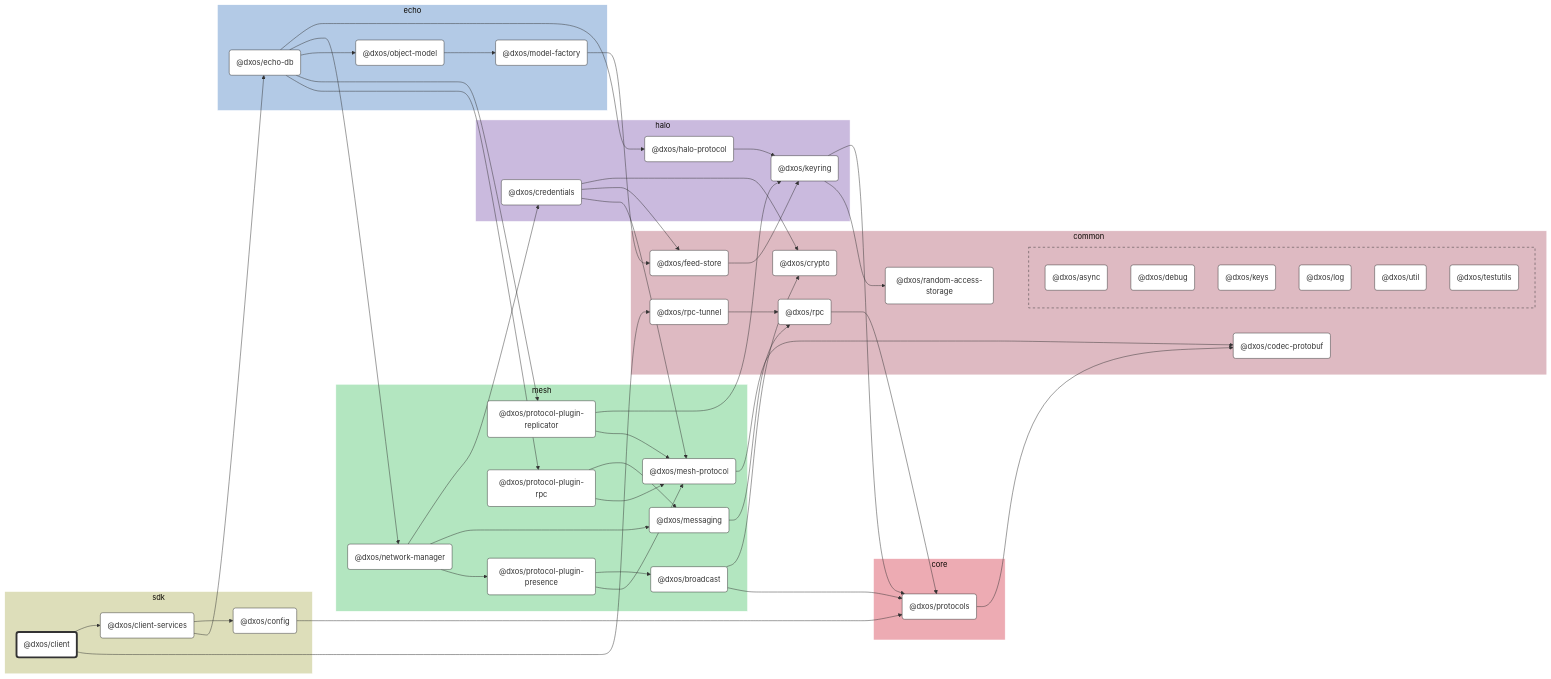
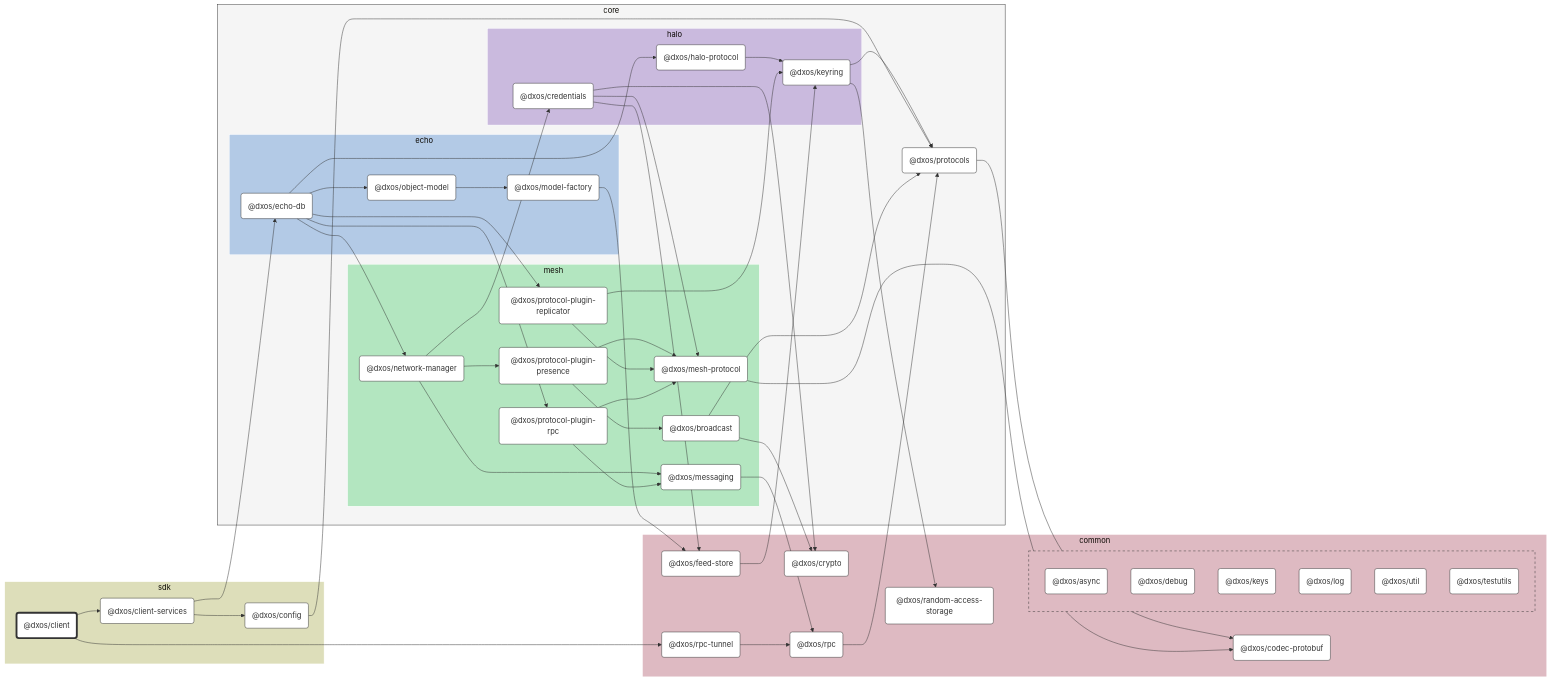
Before and after one commit to dxos/dxos: the diagram in packages/sdk/client/docs/README.md, drawn with Mermaid (base theme). The commit also changed 6 other files, not shown here.

```diff
--- a/packages/sdk/client/docs/README.md
+++ b/packages/sdk/client/docs/README.md
@@ -57,48 +57,49 @@
   end
 end
 
-subgraph halo [halo]
-  style halo fill:#cabade,stroke:#fff
-  dxos/credentials("@dxos/credentials"):::def
-  click dxos/credentials "dxos/dxos/tree/main/packages/core/halo/credentials/docs"
-  dxos/keyring("@dxos/keyring"):::def
-  click dxos/keyring "dxos/dxos/tree/main/packages/core/halo/keyring/docs"
-  dxos/halo-protocol("@dxos/halo-protocol"):::def
-  click dxos/halo-protocol "dxos/dxos/tree/main/packages/core/halo/halo-protocol/docs"
-end
-
 subgraph core [core]
-  style core fill:#edabb3,stroke:#fff
+  style core fill:#f5f5f5,stroke:#333
   dxos/protocols("@dxos/protocols"):::def
   click dxos/protocols "dxos/dxos/tree/main/packages/core/protocols/docs"
-end
 
-subgraph mesh [mesh]
-  style mesh fill:#b3e6c0,stroke:#fff
-  dxos/mesh-protocol("@dxos/mesh-protocol"):::def
-  click dxos/mesh-protocol "dxos/dxos/tree/main/packages/core/mesh/mesh-protocol/docs"
-  dxos/messaging("@dxos/messaging"):::def
-  click dxos/messaging "dxos/dxos/tree/main/packages/core/mesh/messaging/docs"
-  dxos/network-manager("@dxos/network-manager"):::def
-  click dxos/network-manager "dxos/dxos/tree/main/packages/core/mesh/network-manager/docs"
-  dxos/protocol-plugin-presence("@dxos/protocol-plugin-presence"):::def
-  click dxos/protocol-plugin-presence "dxos/dxos/tree/main/packages/core/mesh/protocol-plugin-presence/docs"
-  dxos/broadcast("@dxos/broadcast"):::def
-  click dxos/broadcast "dxos/dxos/tree/main/packages/core/mesh/broadcast/docs"
-  dxos/protocol-plugin-replicator("@dxos/protocol-plugin-replicator"):::def
-  click dxos/protocol-plugin-replicator "dxos/dxos/tree/main/packages/core/mesh/protocol-plugin-replicator/docs"
-  dxos/protocol-plugin-rpc("@dxos/protocol-plugin-rpc"):::def
-  click dxos/protocol-plugin-rpc "dxos/dxos/tree/main/packages/core/mesh/protocol-plugin-rpc/docs"
-end
+  subgraph halo [halo]
+    style halo fill:#cabade,stroke:#fff
+    dxos/credentials("@dxos/credentials"):::def
+    click dxos/credentials "dxos/dxos/tree/main/packages/core/halo/credentials/docs"
+    dxos/keyring("@dxos/keyring"):::def
+    click dxos/keyring "dxos/dxos/tree/main/packages/core/halo/keyring/docs"
+    dxos/halo-protocol("@dxos/halo-protocol"):::def
+    click dxos/halo-protocol "dxos/dxos/tree/main/packages/core/halo/halo-protocol/docs"
+  end
 
-subgraph echo [echo]
-  style echo fill:#b3cae6,stroke:#fff
-  dxos/echo-db("@dxos/echo-db"):::def
-  click dxos/echo-db "dxos/dxos/tree/main/packages/core/echo/echo-db/docs"
-  dxos/model-factory("@dxos/model-factory"):::def
-  click dxos/model-factory "dxos/dxos/tree/main/packages/core/echo/model-factory/docs"
-  dxos/object-model("@dxos/object-model"):::def
-  click dxos/object-model "dxos/dxos/tree/main/packages/core/echo/object-model/docs"
+  subgraph mesh [mesh]
+    style mesh fill:#b3e6c0,stroke:#fff
+    dxos/mesh-protocol("@dxos/mesh-protocol"):::def
+    click dxos/mesh-protocol "dxos/dxos/tree/main/packages/core/mesh/mesh-protocol/docs"
+    dxos/messaging("@dxos/messaging"):::def
+    click dxos/messaging "dxos/dxos/tree/main/packages/core/mesh/messaging/docs"
+    dxos/network-manager("@dxos/network-manager"):::def
+    click dxos/network-manager "dxos/dxos/tree/main/packages/core/mesh/network-manager/docs"
+    dxos/protocol-plugin-presence("@dxos/protocol-plugin-presence"):::def
+    click dxos/protocol-plugin-presence "dxos/dxos/tree/main/packages/core/mesh/protocol-plugin-presence/docs"
+    dxos/broadcast("@dxos/broadcast"):::def
+    click dxos/broadcast "dxos/dxos/tree/main/packages/core/mesh/broadcast/docs"
+    dxos/protocol-plugin-replicator("@dxos/protocol-plugin-replicator"):::def
+    click dxos/protocol-plugin-replicator "dxos/dxos/tree/main/packages/core/mesh/protocol-plugin-replicator/docs"
+    dxos/protocol-plugin-rpc("@dxos/protocol-plugin-rpc"):::def
+    click dxos/protocol-plugin-rpc "dxos/dxos/tree/main/packages/core/mesh/protocol-plugin-rpc/docs"
+  end
+
+  subgraph echo [echo]
+    style echo fill:#b3cae6,stroke:#fff
+    dxos/echo-db("@dxos/echo-db"):::def
+    click dxos/echo-db "dxos/dxos/tree/main/packages/core/echo/echo-db/docs"
+    dxos/model-factory("@dxos/model-factory"):::def
+    click dxos/model-factory "dxos/dxos/tree/main/packages/core/echo/model-factory/docs"
+    dxos/object-model("@dxos/object-model"):::def
+    click dxos/object-model "dxos/dxos/tree/main/packages/core/echo/object-model/docs"
+  end
+
 end
 
 %% Links
```
